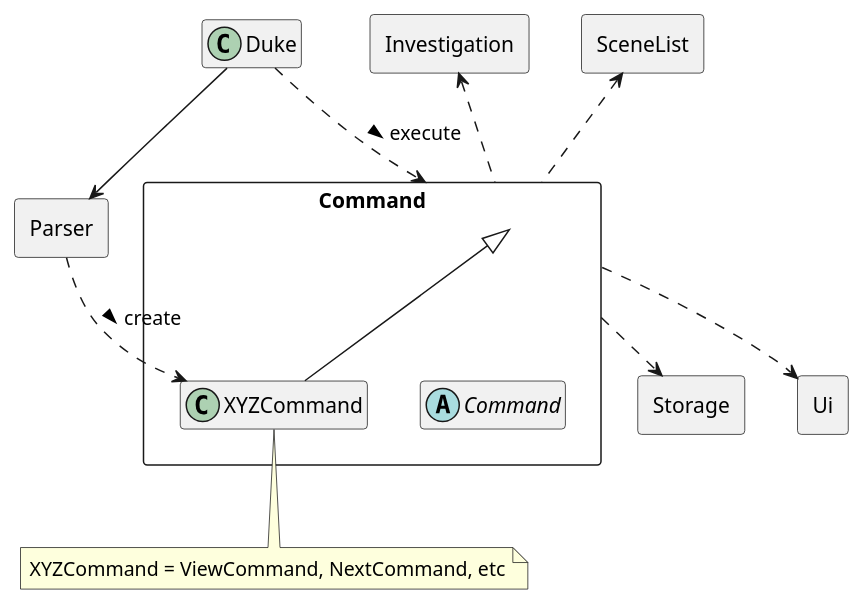
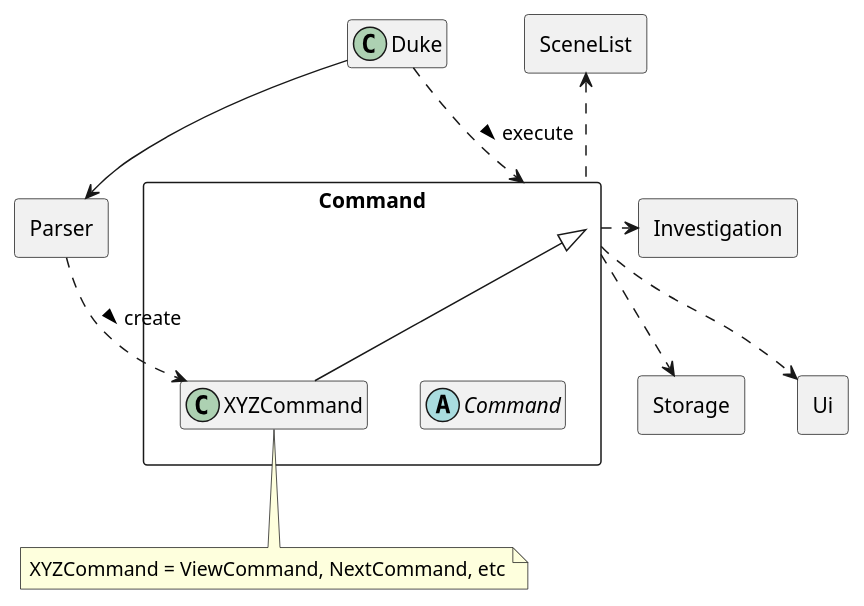
One commit to peng-217/tp changed the diagram in docs/Command_Class_Diagram.puml. Above: the diagram before and after it, drawn with PlantUML. The commit also changed 5 other files, not shown here.

Commit message:
Update uml diagrams for command component

```diff
--- a/docs/Command_Class_Diagram.puml
+++ b/docs/Command_Class_Diagram.puml
@@ -1,31 +1,36 @@
 @startuml
 
 allowmixing
 skinparam componentStyle rectangle
 
 class Duke
 
-component Ui
-component Storage
-component Investigation
-component SceneList
-component Parser
+component Ui {
+}
+component Storage {
+}
+component Investigation {
+}
+component SceneList {
+}
+component Parser {
+}
 component Command {
     abstract class Command
     Class XYZCommand
 }
 
 
 Duke --> Parser
 Duke ..> Command: execute >
 Parser ..> XYZCommand: create >
 Command <|-- XYZCommand
 Command ..> Storage
 Command ..> Ui
-Investigation <.. Command
+Investigation <.left. Command
 SceneList <.. Command
 note bottom of XYZCommand: XYZCommand = ViewCommand, NextCommand, etc
 
 hide members
 
 @enduml
```
